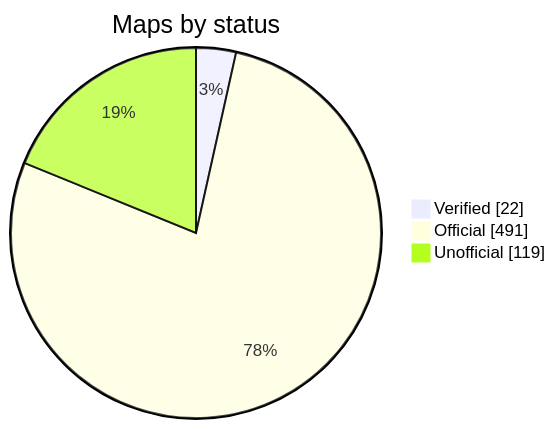
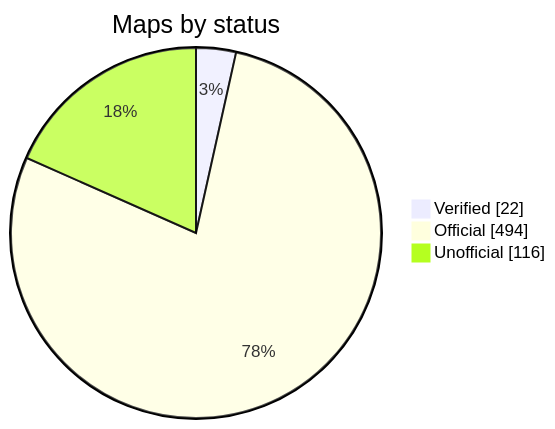
One commit to nobrega8/mbmap-library changed the diagram in README.md. Above: the diagram before and after it, drawn with Mermaid. The commit also changed 8 other files, not shown here.

````diff
--- a/README.md
+++ b/README.md
@@ -52,7 +52,7 @@
 ```mermaid
 pie showData
     title Maps by status
     "Verified" : 22
-    "Official" : 491
-    "Unofficial" : 119
+    "Official" : 494
+    "Unofficial" : 116
 ```
````
